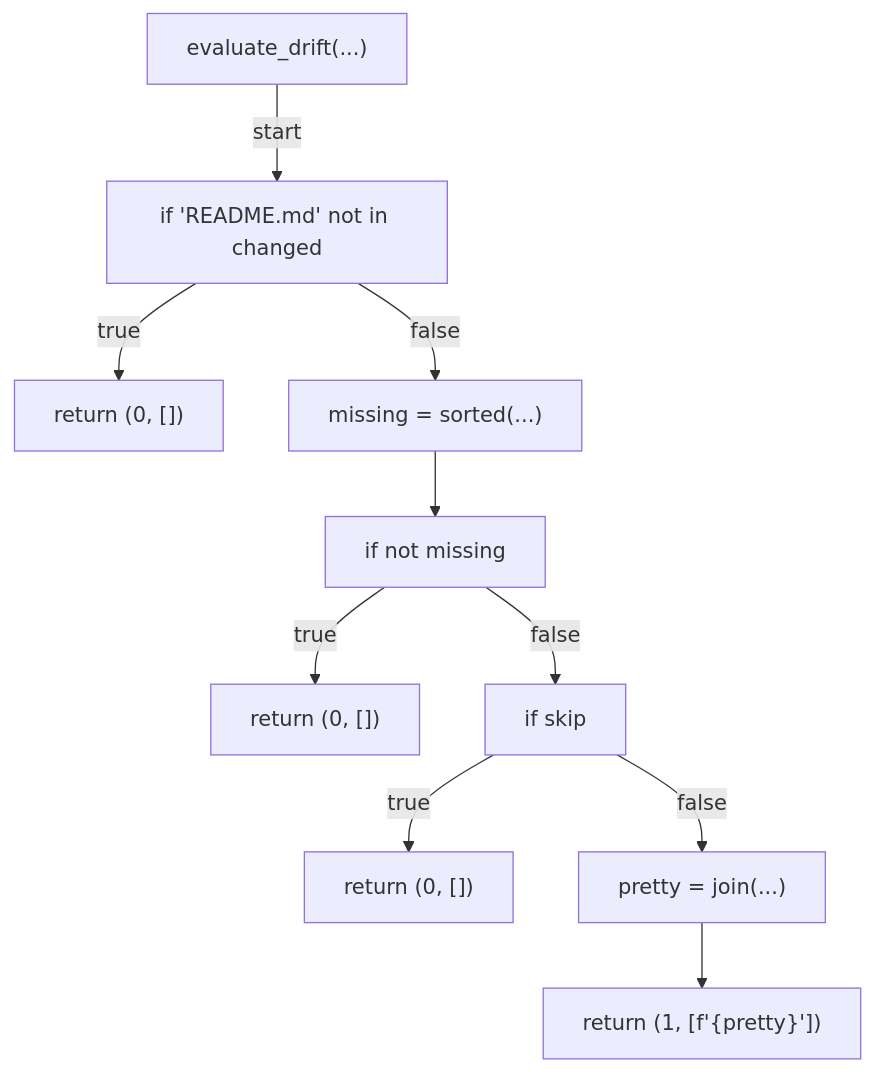
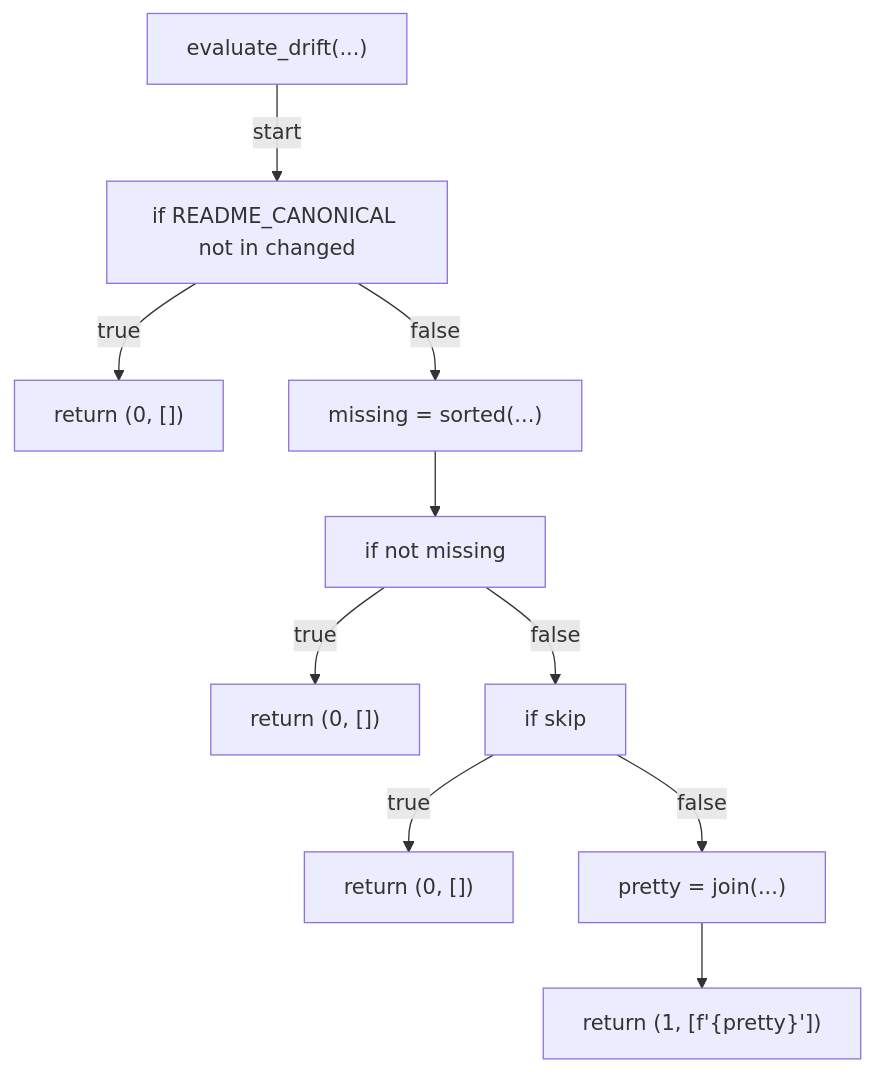
Before and after one commit to tvna/claude-md: the fourth of 9 diagrams in docs/generated/scripts/ast/verify_readme_translation.md, drawn with Mermaid. The commit also changed other lines of this file, not shown here.

First line of the commit message:
docs(generated): regenerate decision tree and workflow diagrams

````diff
--- a/docs/generated/scripts/ast/verify_readme_translation.md
+++ b/docs/generated/scripts/ast/verify_readme_translation.md
@@ -54,22 +54,22 @@
 ```mermaid
 flowchart TD
     N001["evaluate_drift(...)"]
-    N002["if 'README.md' not in changed"]
+    N002["if README_CANONICAL not in changed"]
     N003["return (0, [])"]
     N004["missing = sorted(...)"]
     N005["if not missing"]
     N006["return (0, [])"]
     N007["if skip"]
     N008["return (0, [])"]
     N009["pretty = join(...)"]
     N010["return (1, [f'<str>{pretty}<str>'])"]
     N001 -->|"start"| N002
     N002 -->|"true"| N003
     N002 -->|"false"| N004
     N004 --> N005
     N005 -->|"true"| N006
     N005 -->|"false"| N007
     N007 -->|"true"| N008
     N007 -->|"false"| N009
     N009 --> N010
 ```
````
